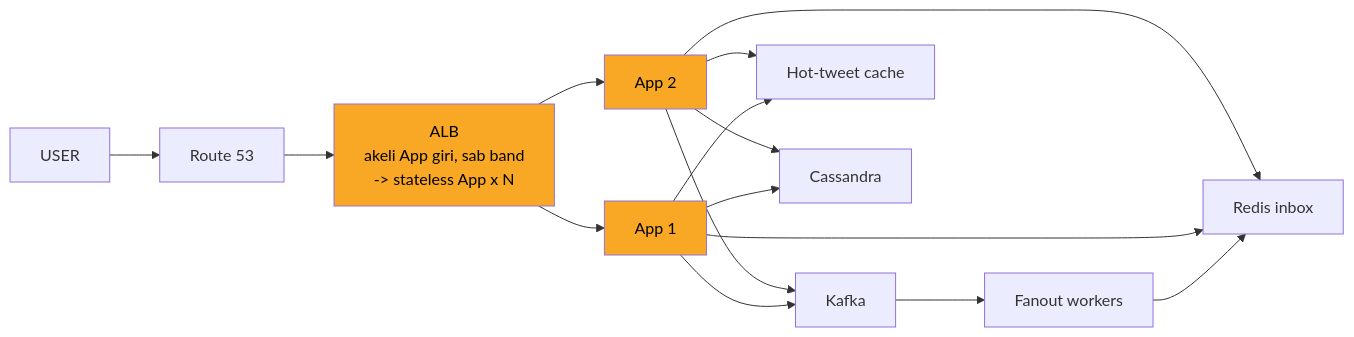
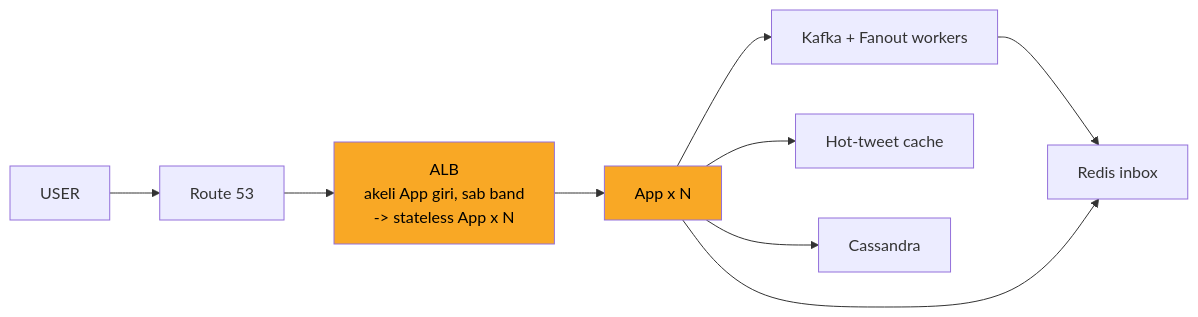
The ninth of 12 diagrams in 04_HLD/SYSTEM_DESIGNS/03_twitter_feed/03_twitter_feed.md (ArpanMaheshwari144/Prep), drawn with Mermaid before and after one commit. The commit also changed other lines of this file and 11 other files, not shown here.

Commit message:
hld: card diagrams max 8 boxes (App x N, merged stores/chains; full diagram only in AAKHRI DABBA)

````diff
--- a/04_HLD/SYSTEM_DESIGNS/03_twitter_feed/03_twitter_feed.md
+++ b/04_HLD/SYSTEM_DESIGNS/03_twitter_feed/03_twitter_feed.md
@@ -347,30 +347,21 @@
 ```mermaid
 flowchart LR
     n_USER["USER"]
     n_Route_53["Route 53"]
     n_ALB["ALB<br/>akeli App giri, sab band<br/>-> stateless App x N"]
-    n_App_x_N_1["App 1"]
-    n_App_x_N_2["App 2"]
-    n_Kafka["Kafka"]
-    n_Fanout_workers["Fanout workers"]
+    n_App_xN["App x N"]
+    n_FAN["Kafka + Fanout workers"]
     n_Redis_inbox["Redis inbox"]
     n_Hot_tweet_cache["Hot-tweet cache"]
     n_Cassandra["Cassandra"]
     n_USER --> n_Route_53
     n_Route_53 --> n_ALB
-    n_ALB --> n_App_x_N_1
-    n_ALB --> n_App_x_N_2
-    n_App_x_N_1 --> n_Kafka
-    n_App_x_N_2 --> n_Kafka
-    n_App_x_N_1 --> n_Hot_tweet_cache
-    n_App_x_N_2 --> n_Hot_tweet_cache
-    n_App_x_N_1 --> n_Cassandra
-    n_App_x_N_2 --> n_Cassandra
-    n_Kafka --> n_Fanout_workers
-    n_Fanout_workers --> n_Redis_inbox
-    n_App_x_N_1 --> n_Redis_inbox
-    n_App_x_N_2 --> n_Redis_inbox
+    n_ALB --> n_App_xN
+    n_App_xN --> n_FAN
+    n_App_xN --> n_Hot_tweet_cache
+    n_App_xN --> n_Cassandra
+    n_FAN --> n_Redis_inbox
+    n_App_xN --> n_Redis_inbox
     style n_ALB fill:#f9a825,color:#000
-    style n_App_x_N_1 fill:#f9a825,color:#000
-    style n_App_x_N_2 fill:#f9a825,color:#000
+    style n_App_xN fill:#f9a825,color:#000
 ```
````
